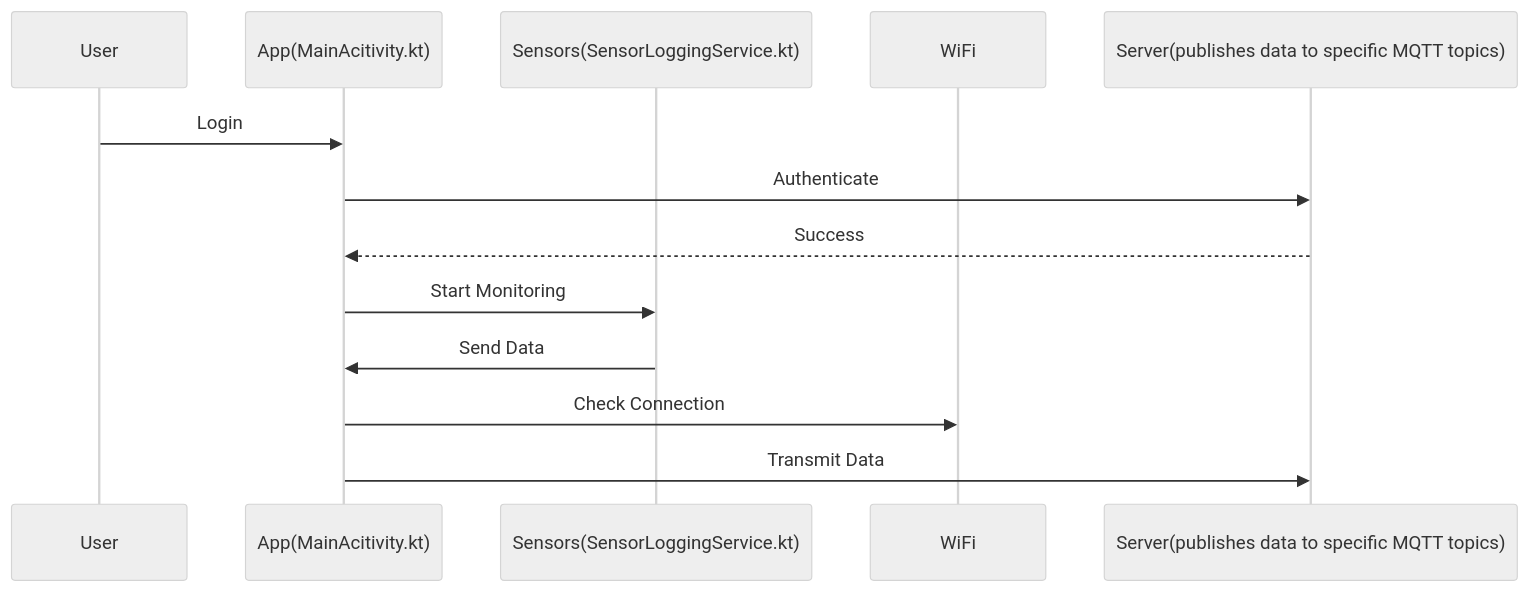
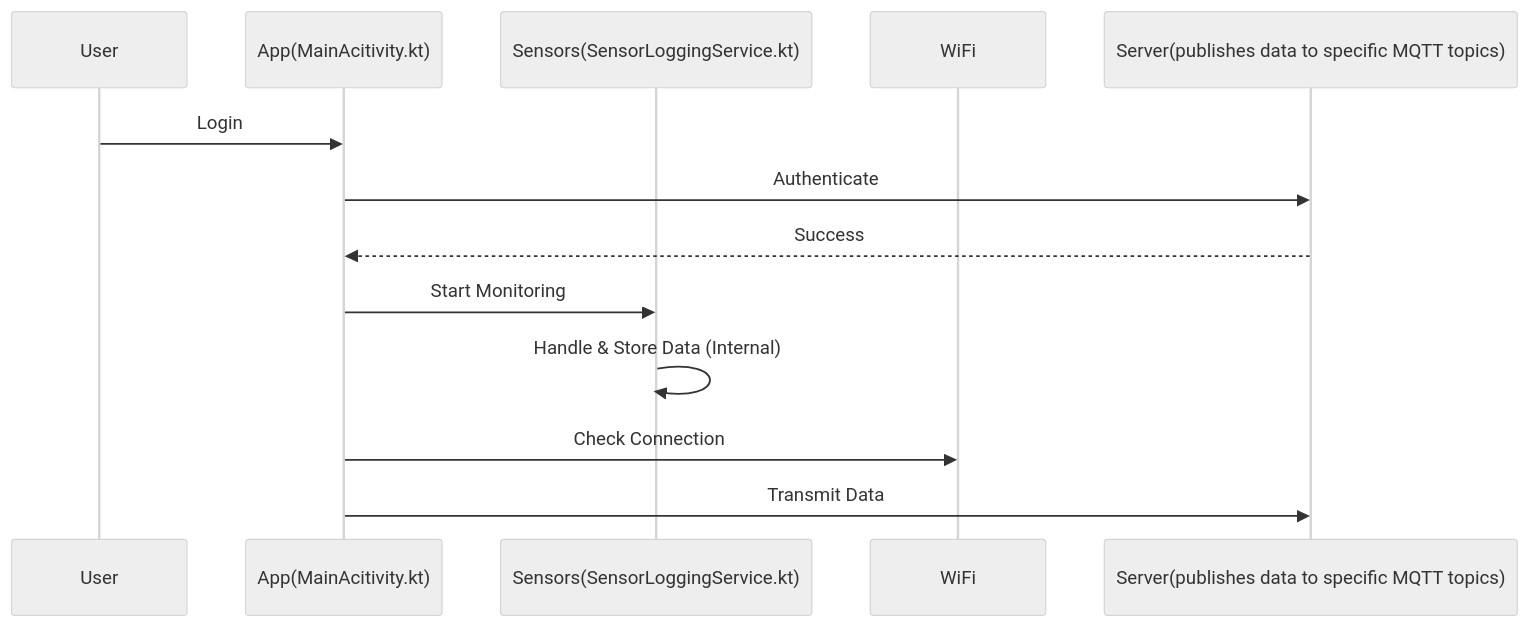
One commit to rcznp/test_doc_2 changed the second of 2 diagrams in README.md. Above: the diagram before and after it, drawn with Mermaid (neutral theme). The commit also changed other lines of this file, not shown here.

````diff
--- a/README.md
+++ b/README.md
@@ -38,16 +38,16 @@
 ```mermaid
 sequenceDiagram
     participant U as User
     participant A as App(MainAcitivity.kt)
     participant S as Sensors(SensorLoggingService.kt)
     participant W as WiFi
     participant API as Server(publishes data to specific MQTT topics)
 
     U->>A: Login
     A->>API: Authenticate
     API-->>A: Success
     A->>S: Start Monitoring
-    S->>A: Send Data
+    S->>S: Handle & Store Data (Internal)
     A->>W: Check Connection
     A->>API: Transmit Data
 ```
````
